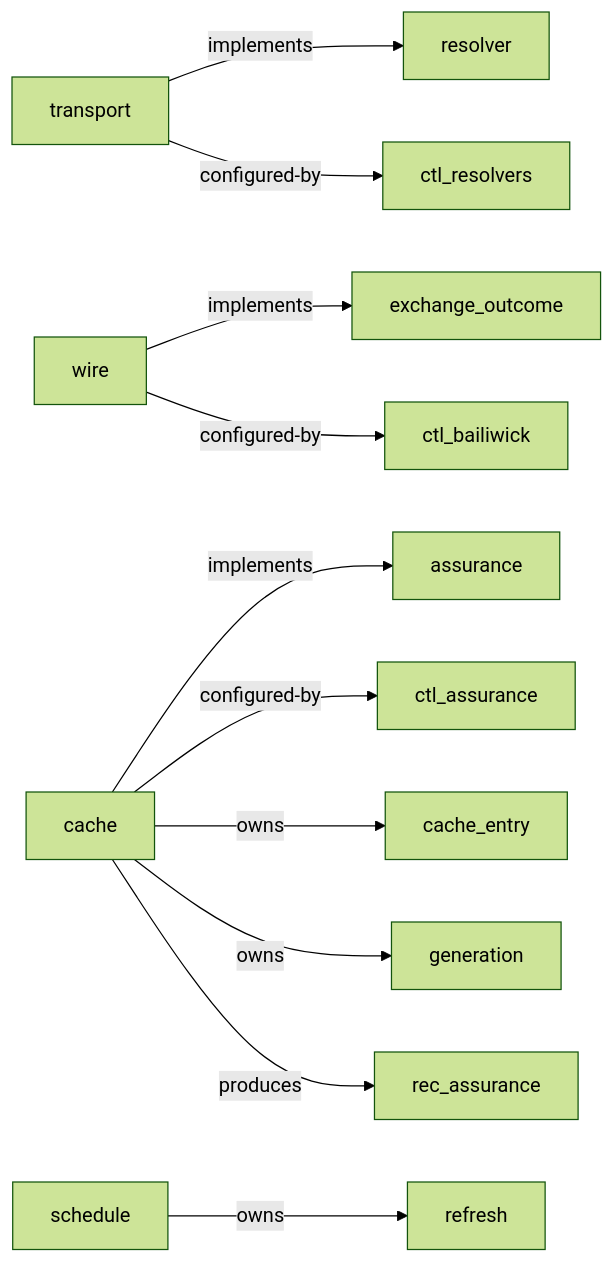
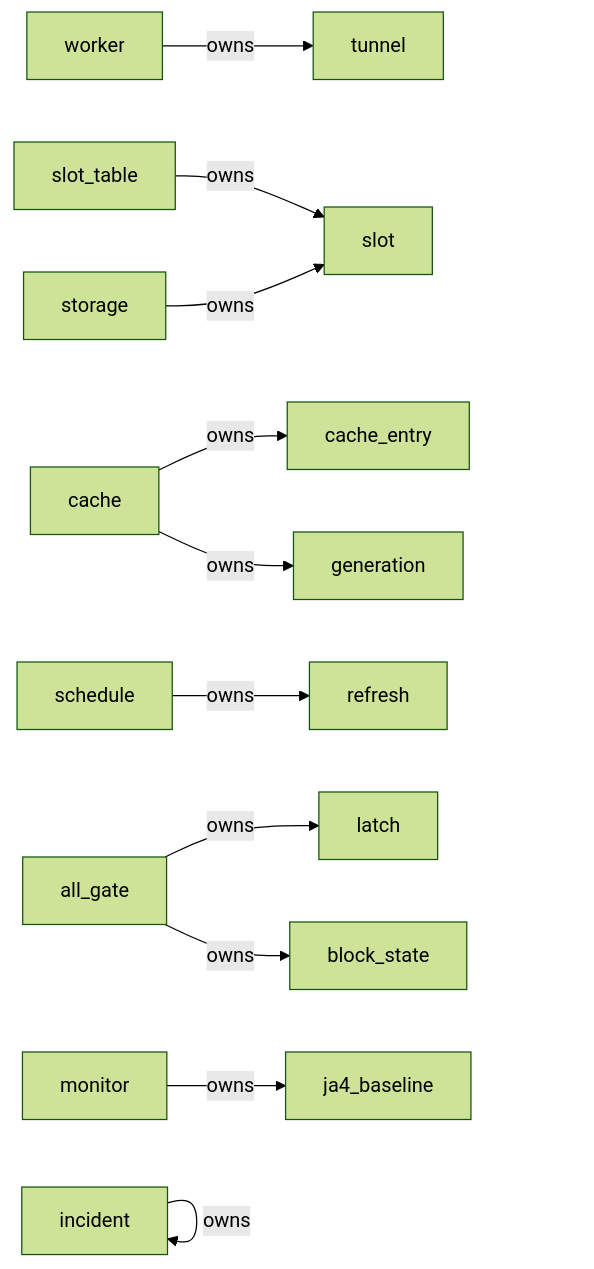
The fifth of 8 diagrams in docs/ontology.md (acje/alumina-proxy), drawn with Mermaid (forest theme) before and after one commit. The commit also changed other lines of this file, not shown here.

First line of the commit message:
docs: make the diagrams the single source of relations

````diff
--- a/docs/ontology.md
+++ b/docs/ontology.md
@@ -162,13 +245,13 @@
 ```mermaid
 flowchart LR
-    transport -->|implements| resolver
-    transport -->|configured-by| ctl_resolvers
-    wire -->|implements| exchange_outcome
-    wire -->|configured-by| ctl_bailiwick
-    cache -->|implements| assurance
-    cache -->|configured-by| ctl_assurance
+    worker -->|owns| tunnel
+    slot_table -->|owns| slot
     cache -->|owns| cache_entry
     cache -->|owns| generation
     schedule -->|owns| refresh
-    cache -->|produces| rec_assurance
+    incident -->|owns| incident
+    all_gate -->|owns| latch
+    all_gate -->|owns| block_state
+    monitor -->|owns| ja4_baseline
+    storage -->|owns| slot
 ```
````
